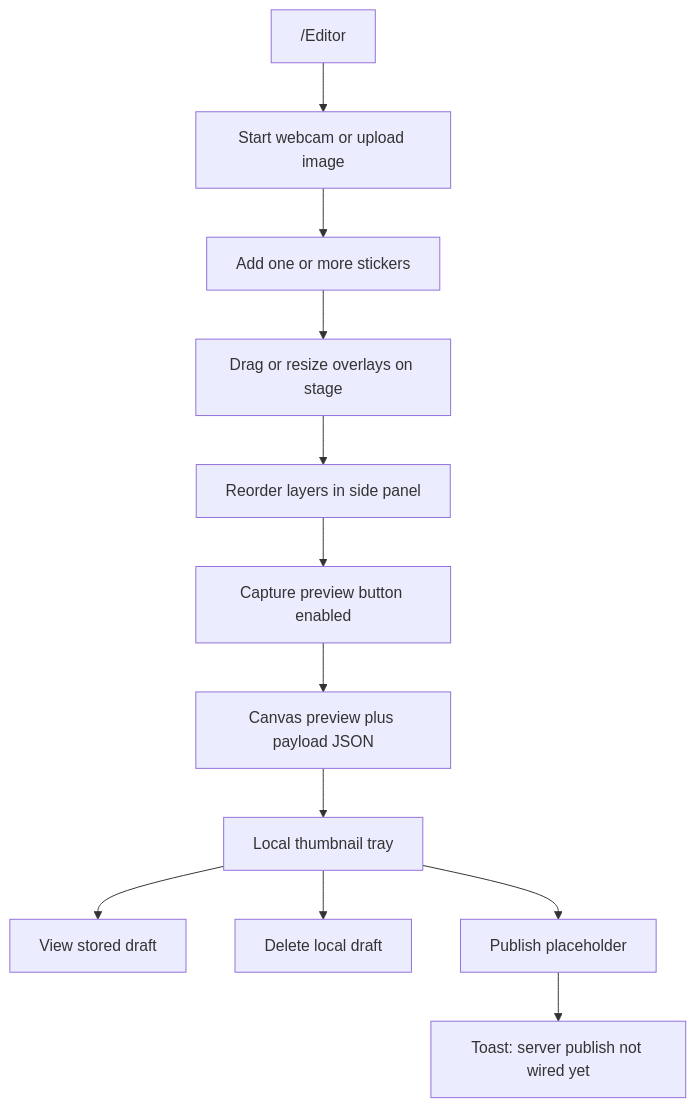
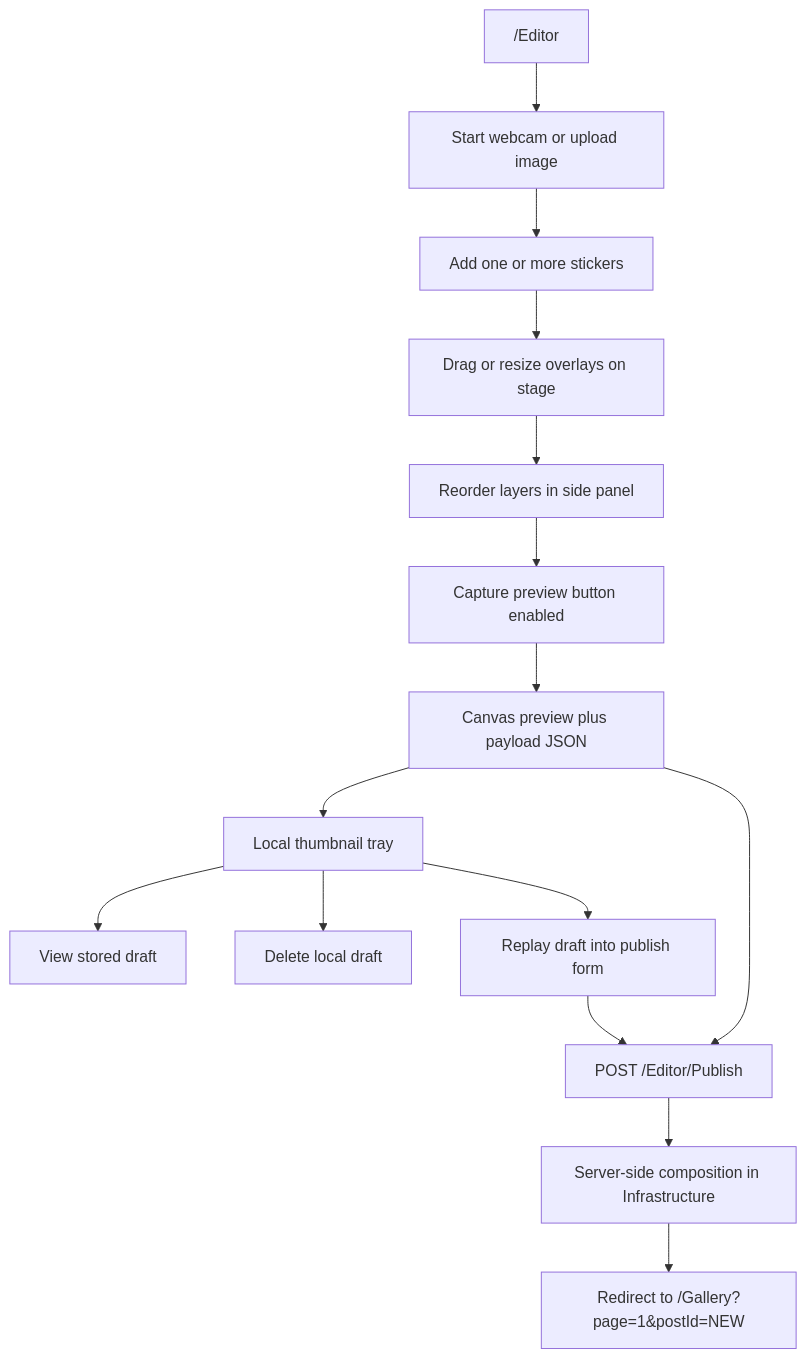
One commit to CodeWithCharles/42_camagru changed the fourth of 4 diagrams in README.md. Above: the diagram before and after it, drawn with Mermaid. The commit also changed other lines of this file and 143 other files, not shown here.

````diff
--- a/README.md
+++ b/README.md
@@ -148,14 +186,17 @@
 ```mermaid
 flowchart TD
     Enter["/Editor"] --> Source["Start webcam or upload image"]
     Source --> Overlay["Add one or more stickers"]
     Overlay --> Arrange["Drag or resize overlays on stage"]
     Arrange --> Layers["Reorder layers in side panel"]
     Layers --> Capture["Capture preview button enabled"]
     Capture --> Preview["Canvas preview plus payload JSON"]
     Preview --> Tray["Local thumbnail tray"]
     Tray --> View["View stored draft"]
     Tray --> Delete["Delete local draft"]
-    Tray --> Publish["Publish placeholder"]
-    Publish --> Feature["Toast: server publish not wired yet"]
+    Preview --> Publish["POST /Editor/Publish"]
+    Tray --> Replay["Replay draft into publish form"]
+    Replay --> Publish
+    Publish --> Compose["Server-side composition in Infrastructure"]
+    Compose --> Feed["Redirect to /Gallery?page=1&postId=NEW"]
 ```
````
